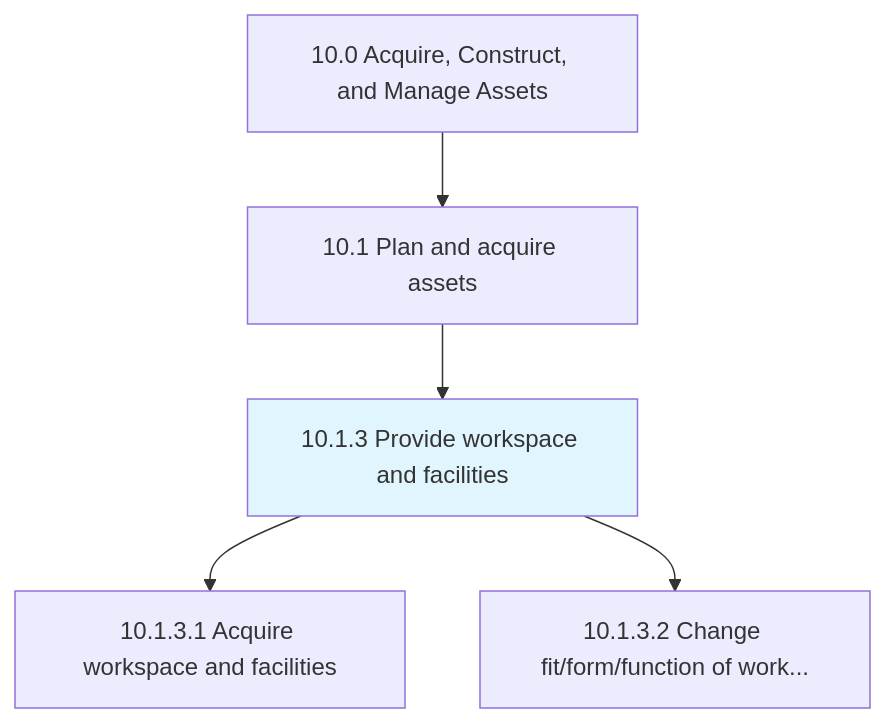
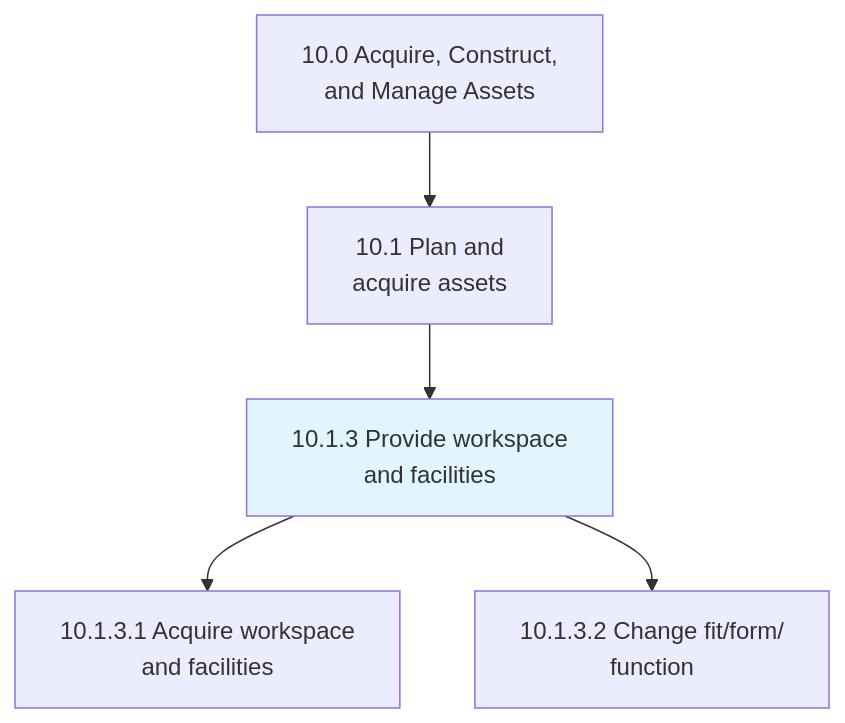
One commit to kziemski/business.org.ai changed the first of 3 diagrams in processes/10-Assets/10.1-PlanAcquireAssets/10.1.3-ProvideWorkspaceFacilities/index.mdx. Above: the diagram before and after it, drawn with Mermaid. The commit also changed other lines of this file and 885 other files, not shown here.

````diff
--- a/processes/10-Assets/10.1-PlanAcquireAssets/10.1.3-ProvideWorkspaceFacilities/index.mdx
+++ b/processes/10-Assets/10.1-PlanAcquireAssets/10.1.3-ProvideWorkspaceFacilities/index.mdx
@@ -25,9 +25,10 @@
 ```mermaid
 graph TD
-    C10["10.0 Acquire, Construct, and Manage Assets"]
-    C10 --> N10_1["10.1 Plan and acquire assets"]
-    N10_1 --> N10_1_3["10.1.3 Provide workspace and facilities"]
-    style N10_1_3 fill:#e1f5fe
-    N10_1_3 --> N10_1_3_1["10.1.3.1 Acquire workspace and facilities"]
-    N10_1_3 --> N10_1_3_2["10.1.3.2 Change fit/form/function of work..."]
+    C10["10.0 Acquire, Construct,<br/>and Manage Assets"] --> G101["10.1 Plan and<br/>acquire assets"]
+    G101 --> P1013["10.1.3 Provide workspace<br/>and facilities"]
+
+    P1013 --> A1013_1["10.1.3.1 Acquire workspace<br/>and facilities"]
+    P1013 --> A1013_2["10.1.3.2 Change fit/form/<br/>function"]
+
+    style P1013 fill:#e1f5fe
 ```
````
